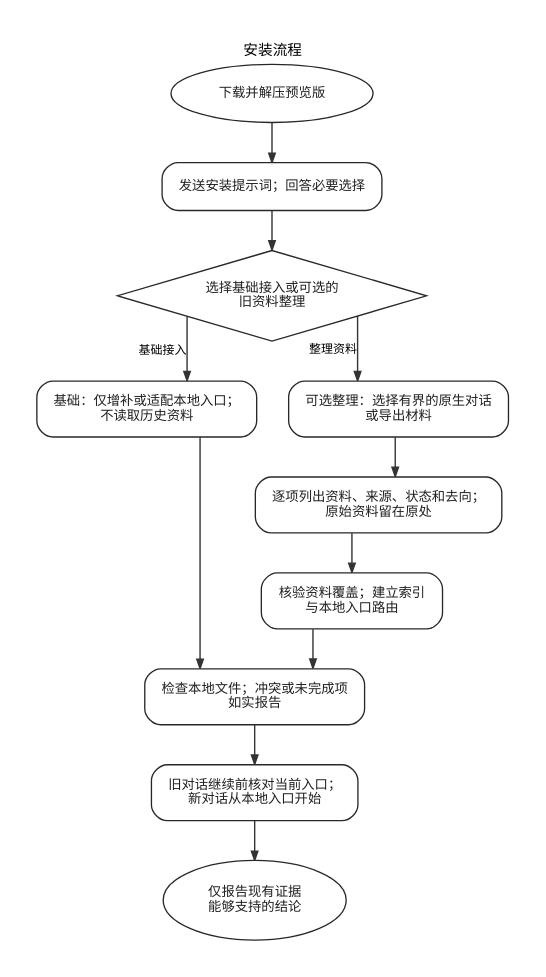
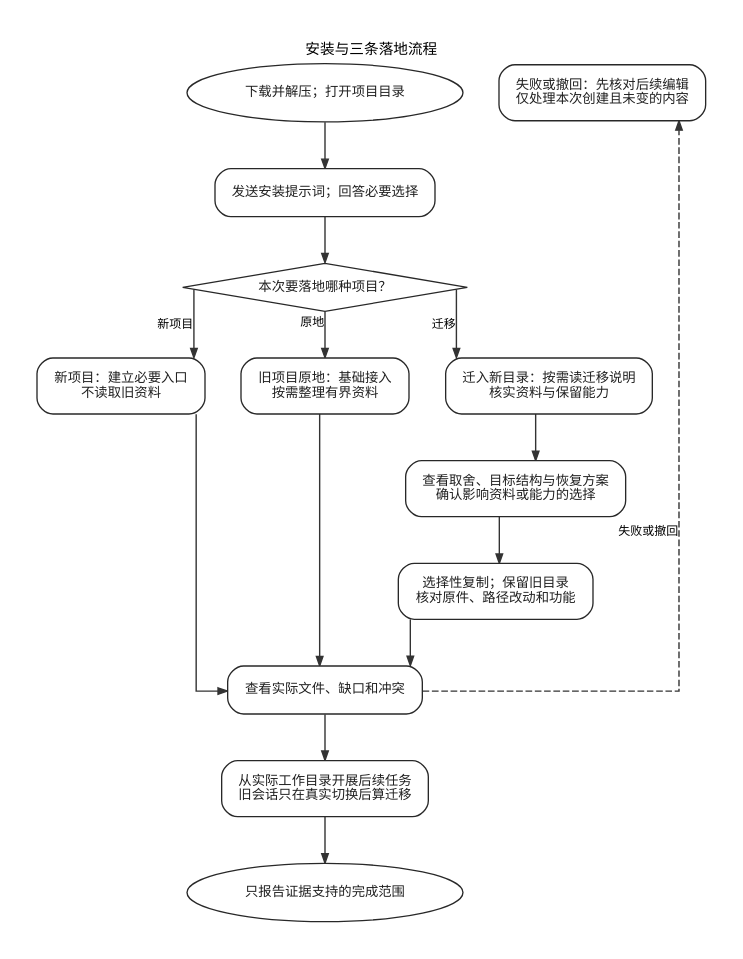
One commit to Richie521/intelligent-project-governance-system changed the diagram in docs/diagrams/installation-guide-zh-CN.dot. Above: the diagram before and after it, drawn with Graphviz. The commit also changed 19 other files, not shown here.

Commit message:
Add three-flow adoption and migration preview

```diff
--- a/docs/diagrams/installation-guide-zh-CN.dot
+++ b/docs/diagrams/installation-guide-zh-CN.dot
@@ -1,37 +1,29 @@
 digraph "installation-guide-zh-CN" {
-  graph [
-    rankdir=TB,
-    splines=ortho,
-    ordering=out,
-    outputorder=edgesfirst,
-    nodesep=0.34,
-    ranksep=0.42,
-    pad=0.28,
-    bgcolor="#FFFFFF",
-    fontname="Microsoft YaHei",
-    fontsize=11,
-    label="安装流程",
-    labelloc=t
-  ];
+  graph [rankdir=TB, splines=ortho, ordering=out, outputorder=edgesfirst, nodesep=0.38, ranksep=0.48, pad=0.28, bgcolor="#FFFFFF", fontname="Microsoft YaHei", fontsize=11, label="安装与三条落地流程", labelloc=t];
   node [fontname="Microsoft YaHei", fontsize=10, color="#282828", fontcolor="#202020", margin="0.20,0.14", style="rounded,filled", fillcolor="#FFFFFF"];
   edge [fontname="Microsoft YaHei", fontsize=9, color="#333333", arrowsize=0.7, penwidth=1.05];
 
-  download [label="下载并解压预览版", shape=ellipse, style=filled];
+  download [label="下载并解压；打开项目目录", shape=ellipse, style=filled];
   prompt [label="发送安装提示词；回答必要选择", shape=box];
-  choice [label="选择基础接入或可选的\n旧资料整理", shape=diamond, style=filled, margin="0.12,0.08"];
-  basic [label="基础：仅增补或适配本地入口；\n不读取历史资料", shape=box];
-  scope [label="可选整理：选择有界的原生对话\n或导出材料", shape=box];
-  inventory [label="逐项列出资料、来源、状态和去向；\n原始资料留在原处", shape=box];
-  verify [label="核验资料覆盖；建立索引\n与本地入口路由", shape=box];
-  files [label="检查本地文件；冲突或未完成项\n如实报告", shape=box];
-  sessions [label="旧对话继续前核对当前入口；\n新对话从本地入口开始", shape=box];
-  report [label="仅报告现有证据\n能够支持的结论", shape=ellipse, style=filled];
+  intent [label="本次要落地哪种项目？", shape=diamond, style=filled, margin="0.12,0.08"];
+  new [label="新项目：建立必要入口\n不读取旧资料", shape=box];
+  in_place [label="旧项目原地：基础接入\n按需整理有界资料", shape=box];
+  migrate [label="迁入新目录：按需读迁移说明\n核实资料与保留能力", shape=box];
+  plan [label="查看取舍、目标结构与恢复方案\n确认影响资料或能力的选择", shape=box];
+  copy [label="选择性复制；保留旧目录\n核对原件、路径改动和功能", shape=box];
+  inspect [label="查看实际文件、缺口和冲突", shape=box];
+  sessions [label="从实际工作目录开展后续任务\n旧会话只在真实切换后算迁移", shape=box];
+  recover [label="失败或撤回：先核对后续编辑\n仅处理本次创建且未变的内容", shape=box];
+  report [label="只报告证据支持的完成范围", shape=ellipse, style=filled];
 
-  { rank=same; basic; scope; }
-  download -> prompt -> choice;
-  choice -> basic [xlabel="基础接入"];
-  choice -> scope [xlabel="整理资料"];
-  scope -> inventory -> verify -> files;
-  basic -> files;
-  files -> sessions -> report;
+  { rank=same; new; in_place; migrate; }
+  download -> prompt -> intent;
+  intent -> new [xlabel="新项目"];
+  intent -> in_place [xlabel="原地"];
+  intent -> migrate [xlabel="迁移"];
+  migrate -> plan -> copy -> inspect;
+  new -> inspect;
+  in_place -> inspect;
+  inspect -> sessions -> report;
+  inspect -> recover [style=dashed, xlabel="失败或撤回", constraint=false];
 }
```
